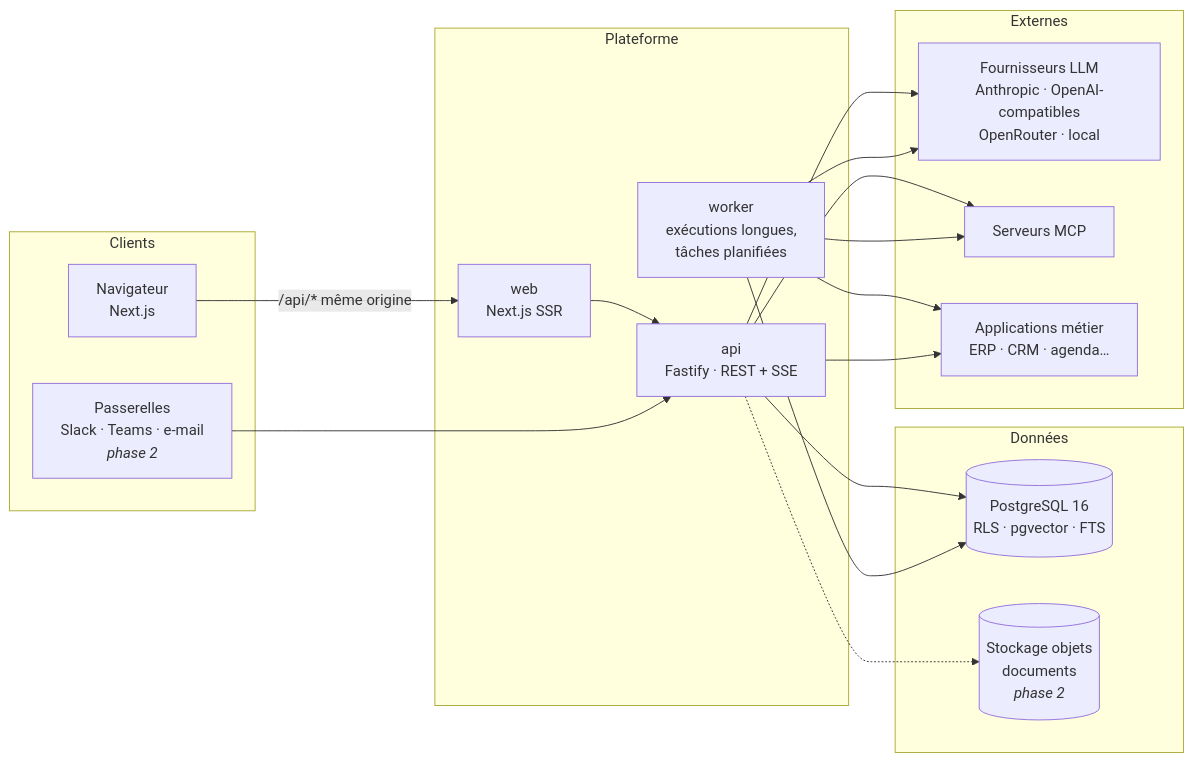
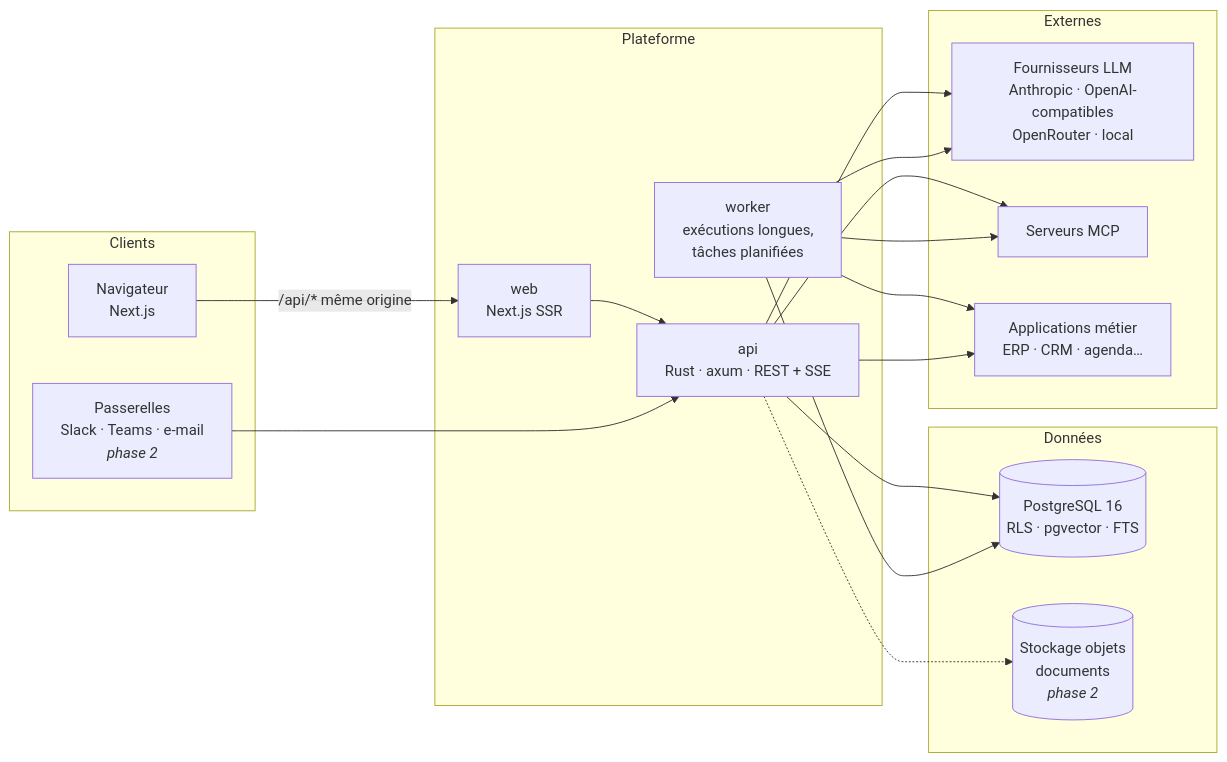
The first of 3 diagrams in docs/ARCHITECTURE.md (OrizonLab/mimorya), drawn with Mermaid before and after one commit. The commit also changed other lines of this file and 194 other files, not shown here.

````diff
--- a/docs/ARCHITECTURE.md
+++ b/docs/ARCHITECTURE.md
@@ -12,32 +12,32 @@
 ```mermaid
 flowchart LR
   subgraph Clients
     W[Navigateur<br/>Next.js]
     G[Passerelles<br/>Slack · Teams · e-mail<br/><i>phase 2</i>]
   end
   subgraph Plateforme
     WEB[web<br/>Next.js SSR]
-    API[api<br/>Fastify · REST + SSE]
+    API[api<br/>Rust · axum · REST + SSE]
     WRK[worker<br/>exécutions longues,<br/>tâches planifiées]
   end
   subgraph Données
     PG[(PostgreSQL 16<br/>RLS · pgvector · FTS)]
     OBJ[(Stockage objets<br/>documents<br/><i>phase 2</i>)]
   end
   subgraph Externes
     LLM[Fournisseurs LLM<br/>Anthropic · OpenAI-compatibles<br/>OpenRouter · local]
     MCP[Serveurs MCP]
     APPS[Applications métier<br/>ERP · CRM · agenda…]
   end
   W -->|/api/* même origine| WEB --> API
   G --> API
   API --> PG
   WRK --> PG
   API --> LLM
   WRK --> LLM
   API --> MCP
   WRK --> MCP
   WRK --> APPS
   API --> APPS
   API -.-> OBJ
 ```
````
